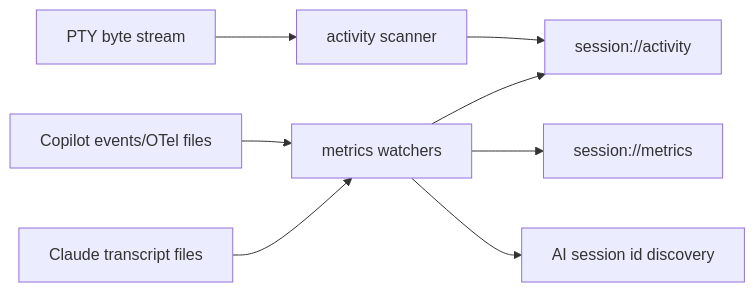
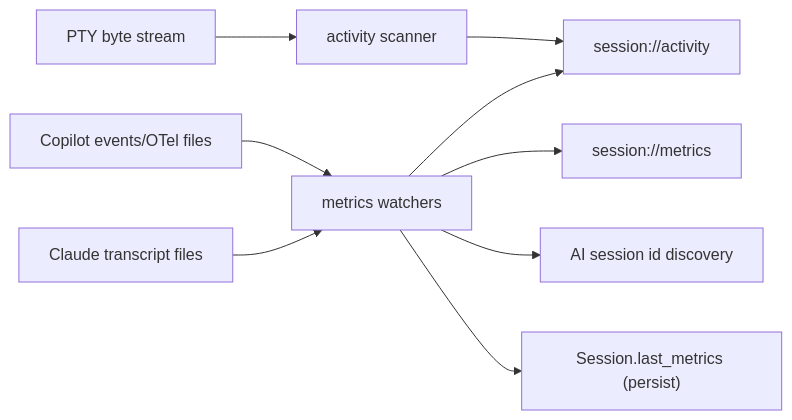
Before and after one commit to mcaden/arborist: the seventh of 7 diagrams in docs/runtime-flows.md, drawn with Mermaid. The commit also changed other lines of this file and 12 other files, not shown here.

First line of the commit message:
feat: persist AI token metrics across session restore

````diff
--- a/docs/runtime-flows.md
+++ b/docs/runtime-flows.md
@@ -177,10 +177,11 @@
 ```mermaid
 flowchart LR
     PTY["PTY byte stream"] --> Scanner["activity scanner"]
     Copilot["Copilot events/OTel files"] --> Metrics["metrics watchers"]
     Claude["Claude transcript files"] --> Metrics
     Scanner --> Activity["session://activity"]
     Metrics --> Activity
     Metrics --> Snapshot["session://metrics"]
     Metrics --> Store["AI session id discovery"]
+    Metrics --> Persist["Session.last_metrics (persist)"]
 ```
````
